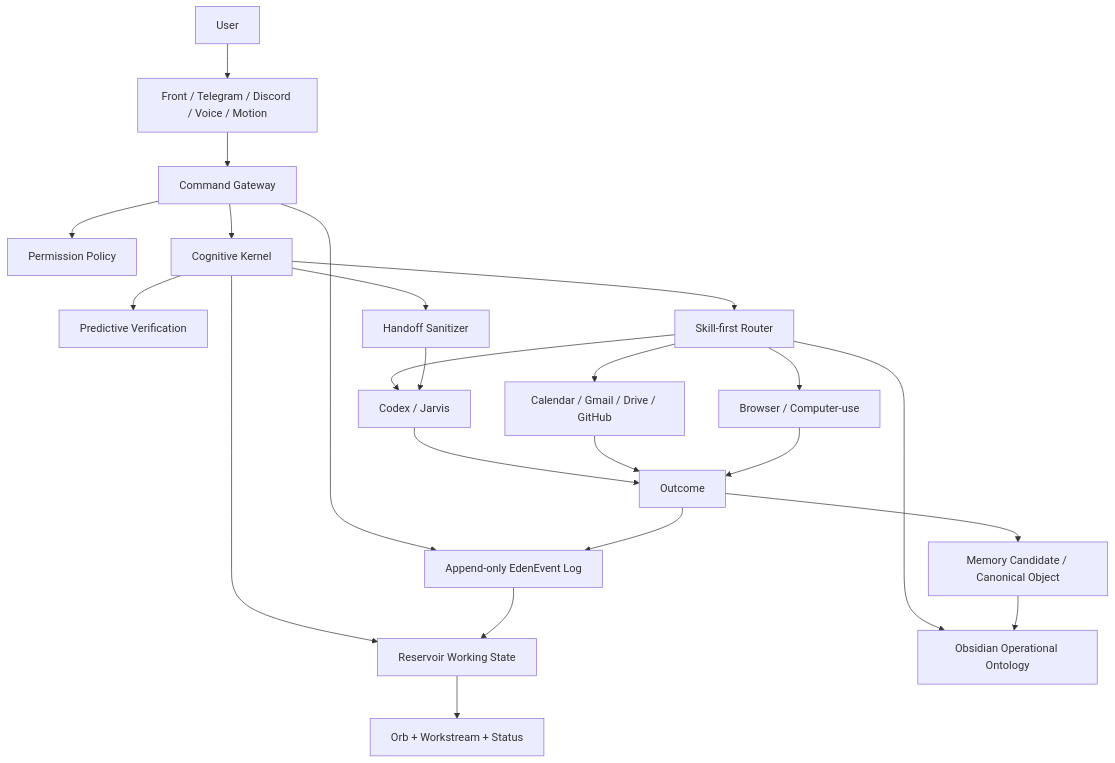
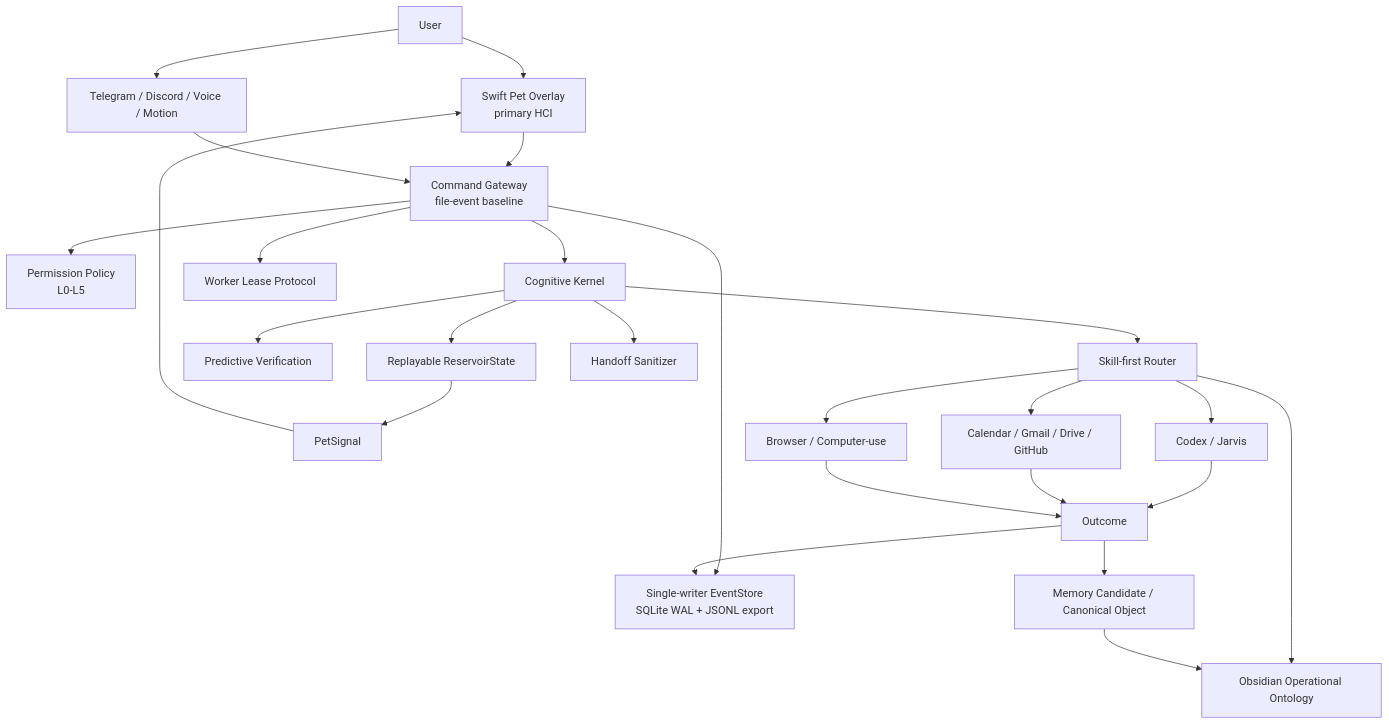
Before and after one commit to Merchantlee99/Eden_agent: the diagram in README.md, drawn with Mermaid. The commit also changed other lines of this file and 16 other files, not shown here.

Commit message:
Update Eden architecture blueprints

````diff
--- a/README.md
+++ b/README.md
@@ -15,29 +36,33 @@
 ```mermaid
 flowchart TD
-  User["User"] --> Channels["Front / Telegram / Discord / Voice / Motion"]
-  Channels --> Gateway["Command Gateway"]
-  Gateway --> Policy["Permission Policy"]
-  Gateway --> Audit["Append-only EdenEvent Log"]
+  User["User"] --> Pet["Swift Pet Overlay<br/>primary HCI"]
+  User --> Channels["Telegram / Discord / Voice / Motion"]
+
+  Pet --> Gateway["Command Gateway<br/>file-event baseline"]
+  Channels --> Gateway
+
+  Gateway --> EventStore["Single-writer EventStore<br/>SQLite WAL + JSONL export"]
+  Gateway --> Policy["Permission Policy<br/>L0-L5"]
   Gateway --> Kernel["Cognitive Kernel"]
+  Gateway --> Leases["Worker Lease Protocol"]
 
-  Kernel --> Reservoir["Reservoir Working State"]
+  Kernel --> Reservoir["Replayable ReservoirState"]
+  Reservoir --> PetSignal["PetSignal"]
+  PetSignal --> Pet
+
   Kernel --> Predictive["Predictive Verification"]
   Kernel --> Skills["Skill-first Router"]
   Kernel --> Handoff["Handoff Sanitizer"]
 
   Skills --> Codex["Codex / Jarvis"]
   Skills --> Obsidian["Obsidian Operational Ontology"]
   Skills --> External["Calendar / Gmail / Drive / GitHub"]
   Skills --> Browser["Browser / Computer-use"]
 
-  Handoff --> Codex
   Codex --> Outcome["Outcome"]
   External --> Outcome
   Browser --> Outcome
-
-  Outcome --> Audit
-  Audit --> Reservoir
+  Outcome --> EventStore
   Outcome --> Memory["Memory Candidate / Canonical Object"]
   Memory --> Obsidian
-  Reservoir --> FrontState["Orb + Workstream + Status"]
 ```
````
